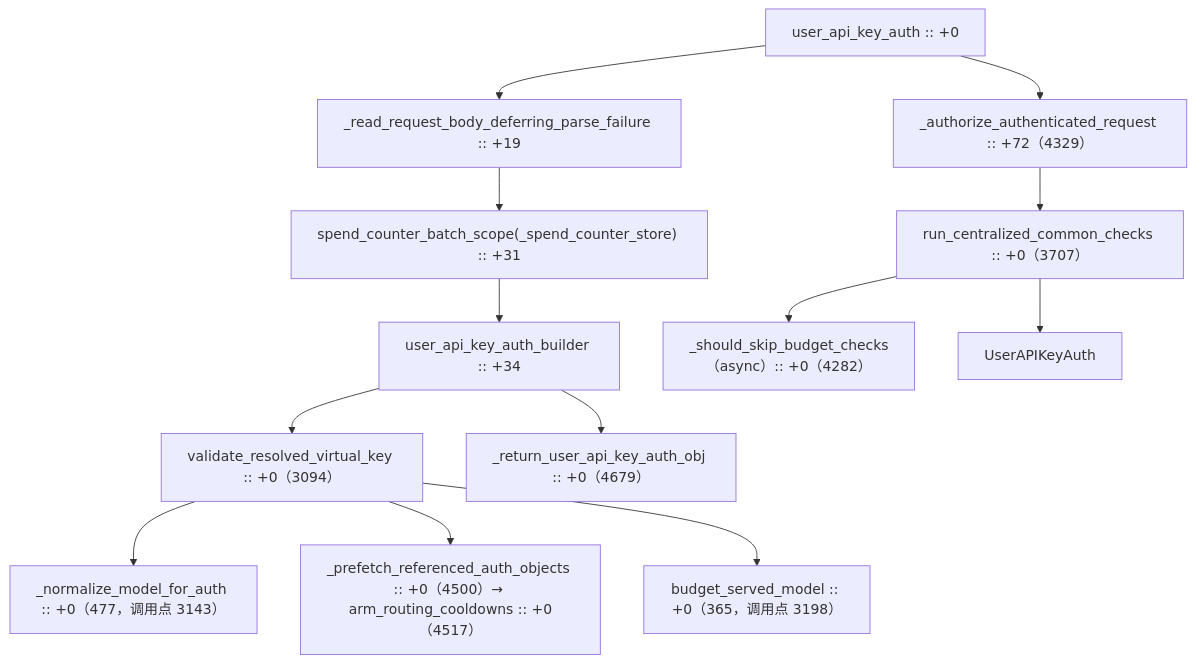
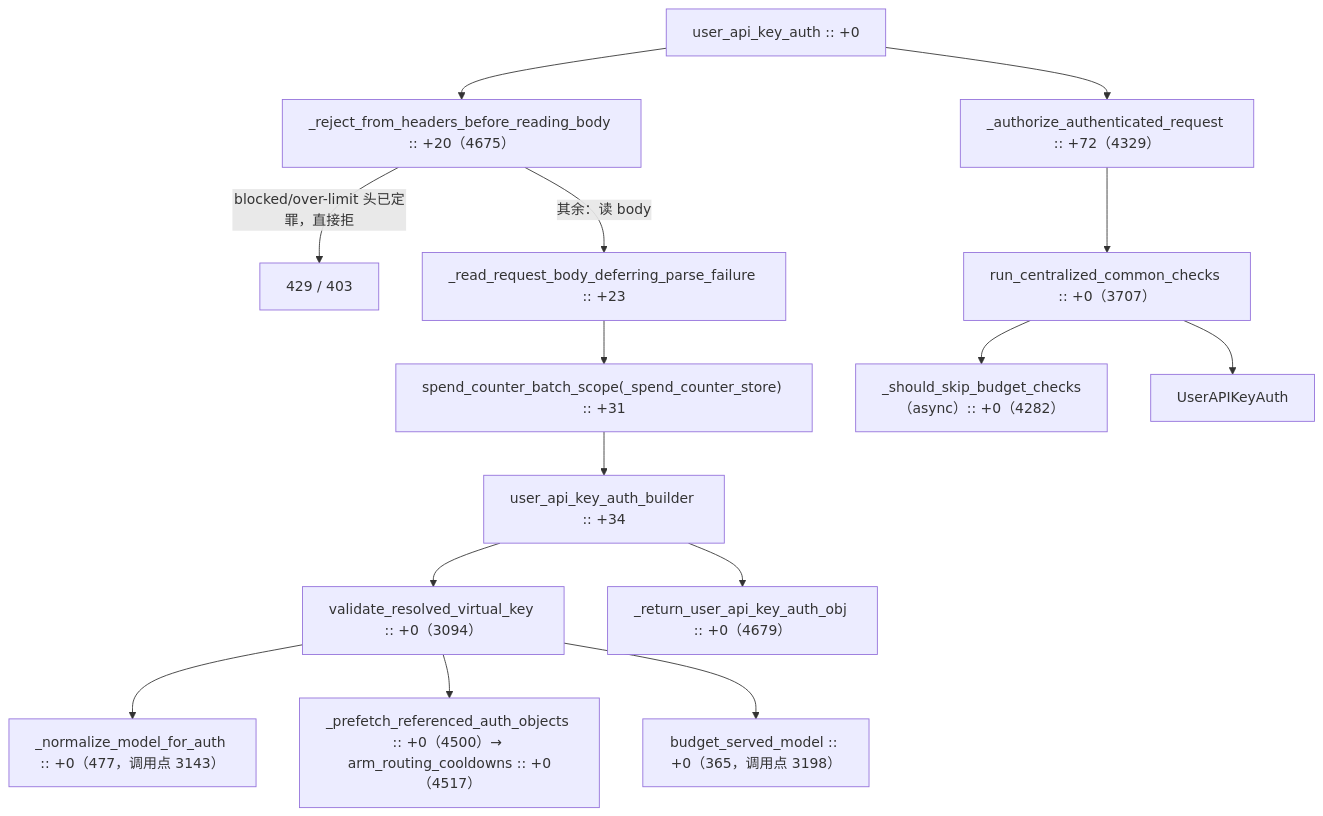
The diagram in docs/sourceReader/03-deep-dive/02-auth-pipeline.md (adrian9778/litellm), drawn with Mermaid before and after one commit. The commit also changed other lines of this file and 10 other files, not shown here.

````diff
--- a/docs/sourceReader/03-deep-dive/02-auth-pipeline.md
+++ b/docs/sourceReader/03-deep-dive/02-auth-pipeline.md
@@ -17,15 +17,17 @@
 ```mermaid
 flowchart TD
-    Entry["user_api_key_auth :: +0"] --> DeferBody["_read_request_body_deferring_parse_failure :: +19"]
+    Entry["user_api_key_auth :: +0"] --> RejectHead["_reject_from_headers_before_reading_body :: +20（4675）"]
+    RejectHead -->|"blocked/over-limit 头已定罪，直接拒"| RejectOut["429 / 403"]
+    RejectHead -->|"其余：读 body"| DeferBody["_read_request_body_deferring_parse_failure :: +23"]
     DeferBody --> Scope["spend_counter_batch_scope(_spend_counter_store) :: +31"]
     Scope --> Builder["user_api_key_auth_builder :: +34"]
     Builder --> Validate["validate_resolved_virtual_key :: +0（3094）"]
     Validate --> Norm["_normalize_model_for_auth :: +0（477，调用点 3143）"]
     Validate --> Prefetch["_prefetch_referenced_auth_objects :: +0（4500）→ arm_routing_cooldowns :: +0（4517）"]
     Validate --> Served["budget_served_model :: +0（365，调用点 3198）"]
     Builder --> Ret["_return_user_api_key_auth_obj :: +0（4679）"]
     Entry --> Authed["_authorize_authenticated_request :: +72（4329）"]
     Authed --> Common["run_centralized_common_checks :: +0（3707）"]
     Common --> Skip["_should_skip_budget_checks（async）:: +0（4282）"]
     Common --> Out["UserAPIKeyAuth"]
 ```
````
